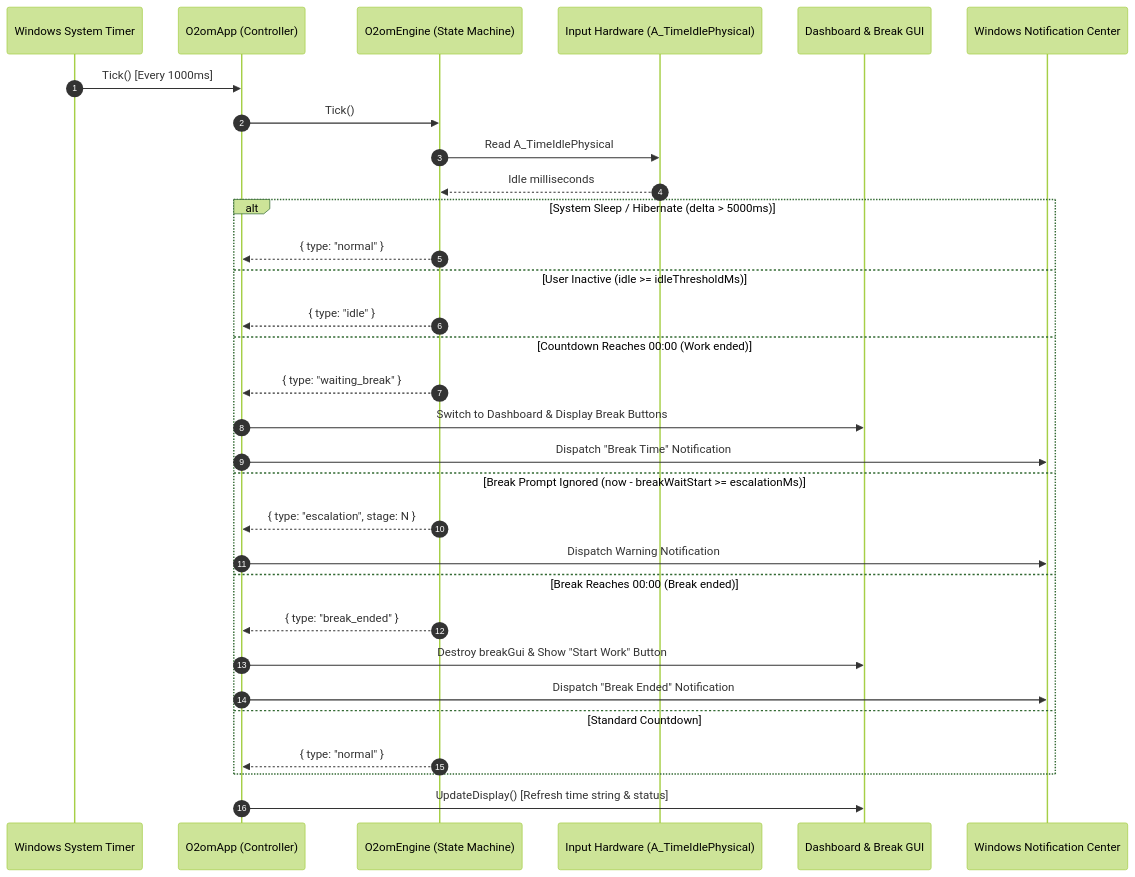
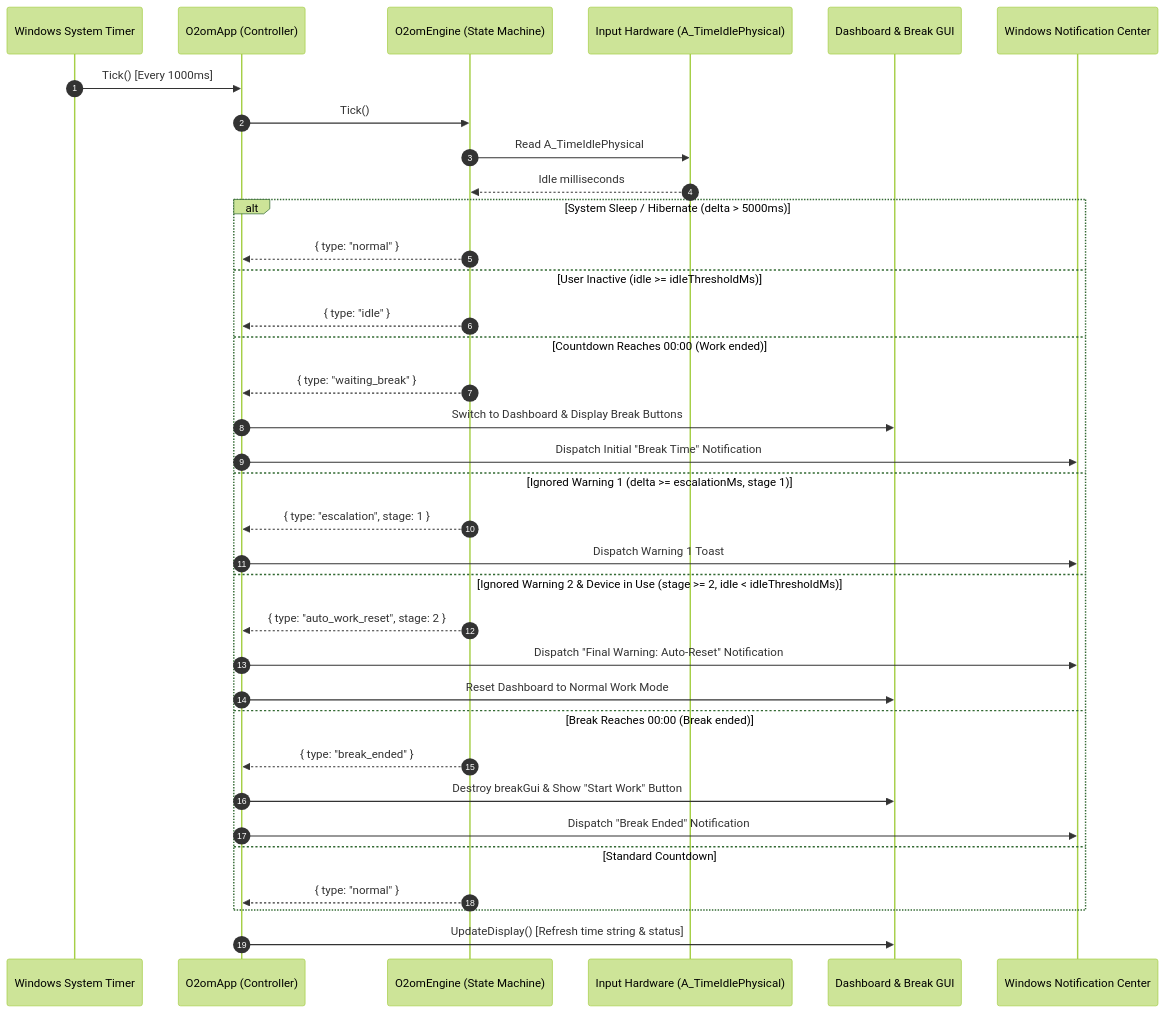
Before and after one commit to BelalWaheed/o2om: the second of 3 diagrams in docs/workflows.md, drawn with Mermaid (forest theme). The commit also changed other lines of this file and 11 other files, not shown here.

First line of the commit message:
feat(release): v2.5.3 — Mouse loading cursor fix, 2-stage escalation & standalone portability

````diff
--- a/docs/workflows.md
+++ b/docs/workflows.md
@@ -46,36 +49,40 @@
 ```mermaid
 sequenceDiagram
     autonumber
     participant System as Windows System Timer
     participant App as O2omApp (Controller)
     participant Engine as O2omEngine (State Machine)
     participant Hardware as Input Hardware (A_TimeIdlePhysical)
     participant GUI as Dashboard & Break GUI
     participant Toast as Windows Notification Center
 
     System->>App: Tick() [Every 1000ms]
     App->>Engine: Tick()
     Engine->>Hardware: Read A_TimeIdlePhysical
     Hardware-->>Engine: Idle milliseconds
 
     alt System Sleep / Hibernate (delta > 5000ms)
         Engine-->>App: { type: "normal" }
     else User Inactive (idle >= idleThresholdMs)
         Engine-->>App: { type: "idle" }
     else Countdown Reaches 00:00 (Work ended)
         Engine-->>App: { type: "waiting_break" }
         App->>GUI: Switch to Dashboard & Display Break Buttons
-        App->>Toast: Dispatch "Break Time" Notification
-    else Break Prompt Ignored (now - breakWaitStart >= escalationMs)
-        Engine-->>App: { type: "escalation", stage: N }
-        App->>Toast: Dispatch Warning Notification
+        App->>Toast: Dispatch Initial "Break Time" Notification
+    else Ignored Warning 1 (delta >= escalationMs, stage 1)
+        Engine-->>App: { type: "escalation", stage: 1 }
+        App->>Toast: Dispatch Warning 1 Toast
+    else Ignored Warning 2 & Device in Use (stage >= 2, idle < idleThresholdMs)
+        Engine-->>App: { type: "auto_work_reset", stage: 2 }
+        App->>Toast: Dispatch "Final Warning: Auto-Reset" Notification
+        App->>GUI: Reset Dashboard to Normal Work Mode
     else Break Reaches 00:00 (Break ended)
         Engine-->>App: { type: "break_ended" }
         App->>GUI: Destroy breakGui & Show "Start Work" Button
         App->>Toast: Dispatch "Break Ended" Notification
     else Standard Countdown
         Engine-->>App: { type: "normal" }
     end
 
     App->>GUI: UpdateDisplay() [Refresh time string & status]
 ```
````
